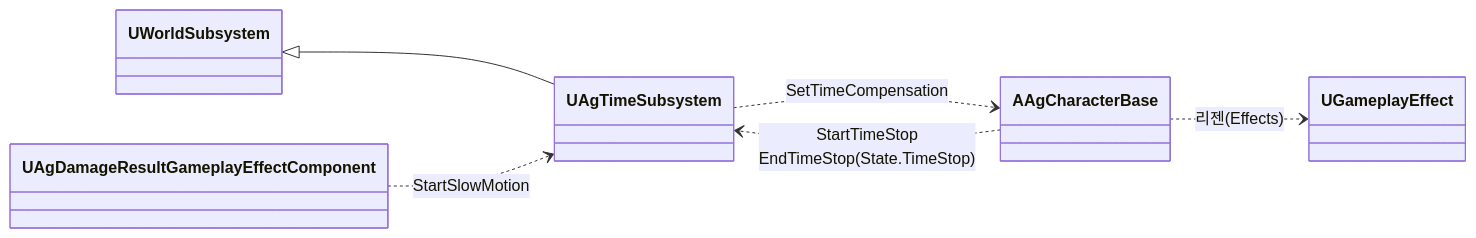
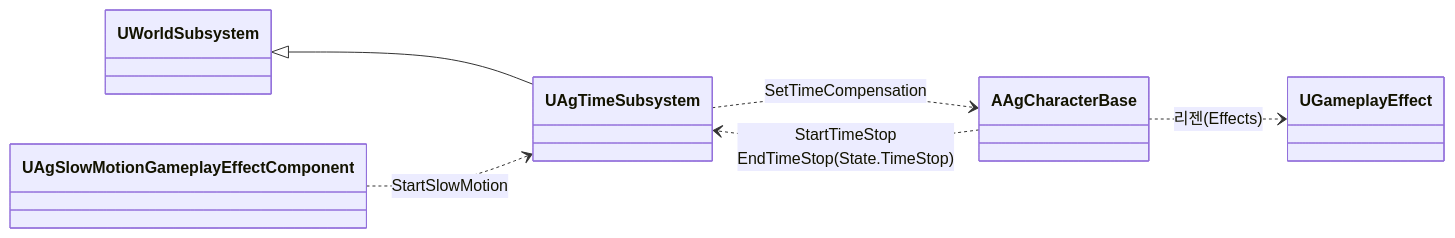
Before and after one commit to Woogl/Ag: the first of 2 diagrams in Docs/Program/전투 규칙.md, drawn with Mermaid. The commit also changed other lines of this file and 34 other files, not shown here.

````diff
--- a/Docs/Program/전투 규칙.md
+++ b/Docs/Program/전투 규칙.md
@@ -28,10 +28,10 @@
 ```mermaid
 classDiagram
     direction LR
     UWorldSubsystem <|-- UAgTimeSubsystem
 
     AAgCharacterBase ..> UGameplayEffect : 리젠(Effects)
-    UAgDamageResultGameplayEffectComponent ..> UAgTimeSubsystem : StartSlowMotion
+    UAgSlowMotionGameplayEffectComponent ..> UAgTimeSubsystem : StartSlowMotion
     AAgCharacterBase ..> UAgTimeSubsystem : StartTimeStop<br>EndTimeStop(State.TimeStop)
     UAgTimeSubsystem ..> AAgCharacterBase : SetTimeCompensation
 ```
````
